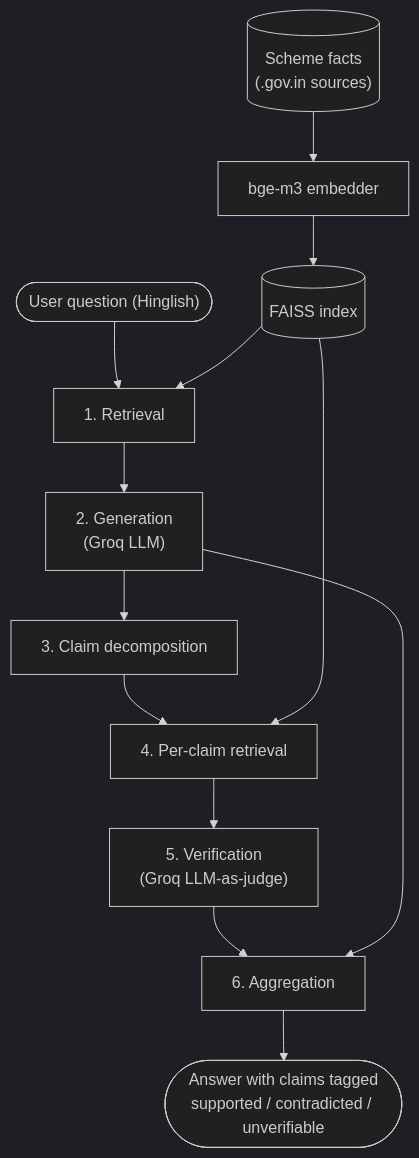
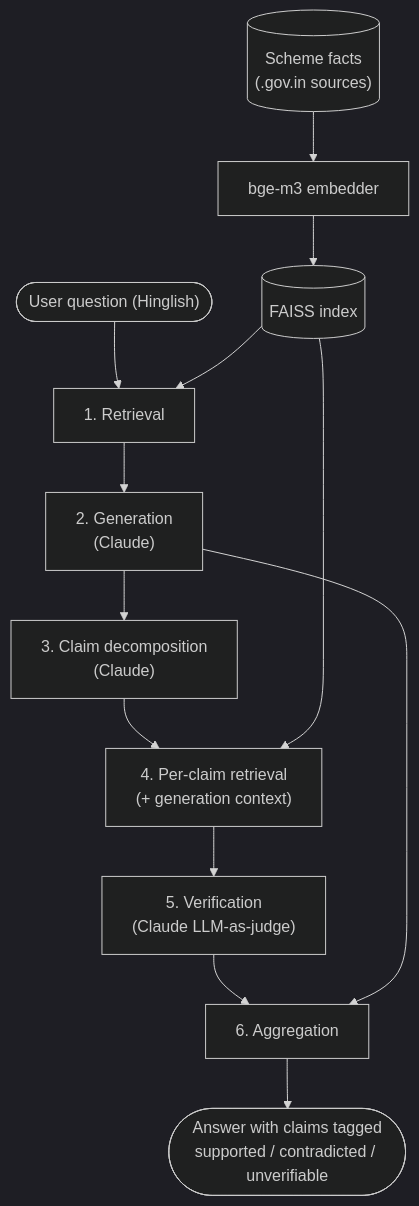
One commit to Rayyan-mohammed/HinglishRAG-Faith changed the diagram in docs/report_architecture_and_implementation.md. Above: the diagram before and after it, drawn with Mermaid (dark theme). The commit also changed other lines of this file and 9 other files, not shown here.

````diff
--- a/docs/report_architecture_and_implementation.md
+++ b/docs/report_architecture_and_implementation.md
@@ -12,16 +12,16 @@
 ```mermaid
 flowchart TD
     Docs[("Scheme facts<br/>(.gov.in sources)")] --> Embed["bge-m3 embedder"]
     Embed --> Index[("FAISS index")]
 
     Q(["User question (Hinglish)"]) --> S1["1. Retrieval"]
     Index --> S1
-    S1 --> S2["2. Generation<br/>(Groq LLM)"]
-    S2 --> S3["3. Claim decomposition"]
-    S3 --> S4["4. Per-claim retrieval"]
+    S1 --> S2["2. Generation<br/>(Claude)"]
+    S2 --> S3["3. Claim decomposition<br/>(Claude)"]
+    S3 --> S4["4. Per-claim retrieval<br/>(+ generation context)"]
     Index --> S4
-    S4 --> S5["5. Verification<br/>(Groq LLM-as-judge)"]
+    S4 --> S5["5. Verification<br/>(Claude LLM-as-judge)"]
     S5 --> S6["6. Aggregation"]
     S2 --> S6
     S6 --> Out(["Answer with claims tagged<br/>supported / contradicted / unverifiable"])
 ```
````
